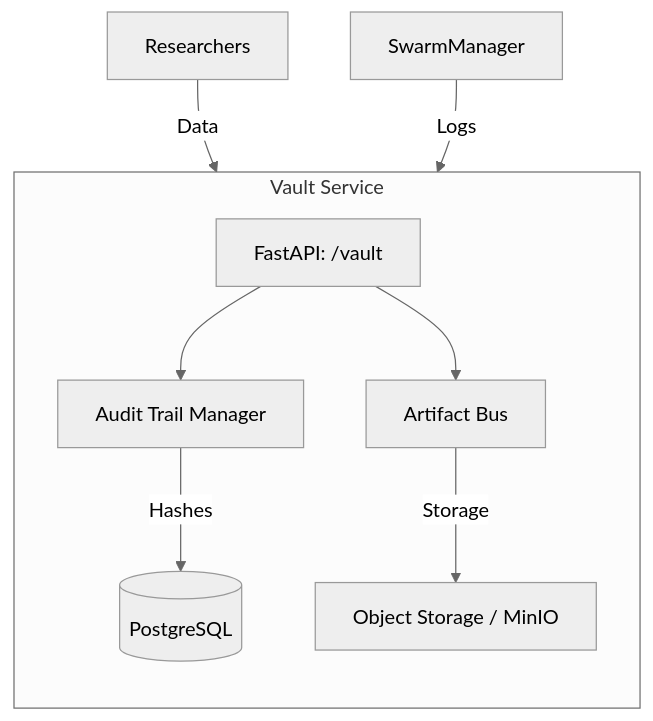
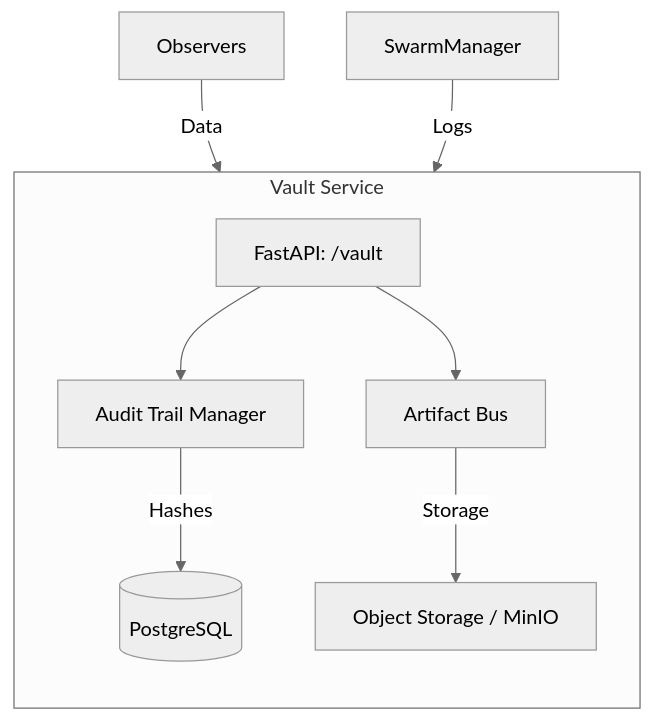
One commit to azzindani/Kea changed the diagram in services/vault/README.md. Above: the diagram before and after it, drawn with Mermaid (neutral theme). The commit also changed other lines of this file and 69 other files, not shown here.

Commit message:
feat: Initialize multi-service architecture with core components including API Gateway, Orchestrator, RAG, Vault, and shared utilities.

````diff
--- a/services/vault/README.md
+++ b/services/vault/README.md
@@ -9,14 +9,14 @@
 ```mermaid
 graph TD
     subgraph Vault [Vault Service]
         direction TB
         API[FastAPI: /vault] --> Trail[Audit Trail Manager]
         API --> Bus[Artifact Bus]
         
         Trail -->|Hashes| Postgres[(PostgreSQL)]
         Bus -->|Storage| S3[Object Storage / MinIO]
     end
 
-    Researchers -->|Data| Bus
+    Observers -->|Data| Bus
     SwarmManager -->|Logs| Trail
 ```
````
